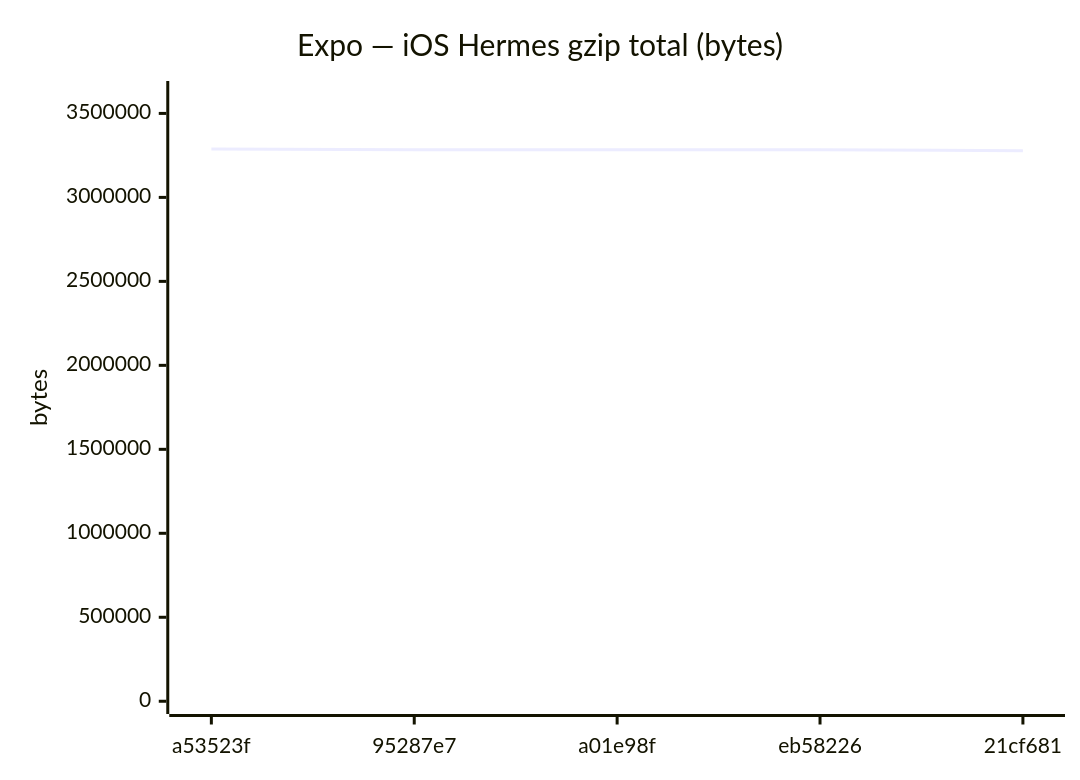
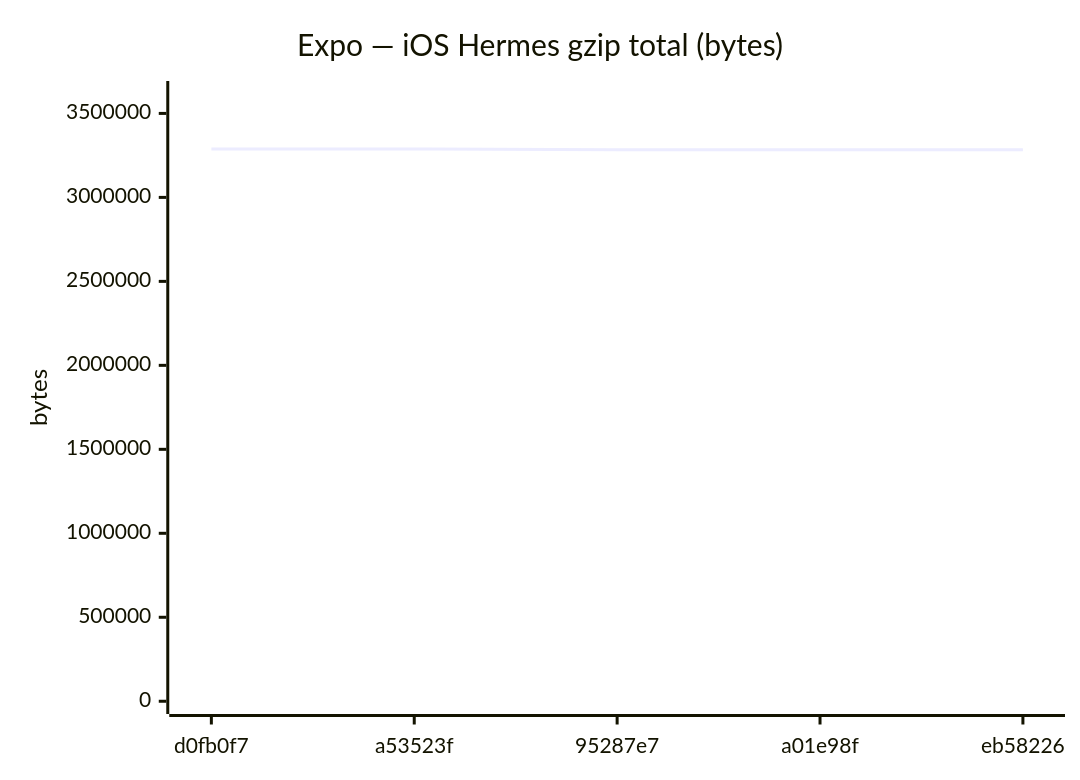
Before and after one commit to Metaheurist/Rianell: diagram 12 of 18 in benchmarks/compare.md, drawn with Mermaid. The commit also changed other lines of this file and 11 other files, not shown here.

````diff
--- a/benchmarks/compare.md
+++ b/benchmarks/compare.md
@@ -179,7 +179,7 @@
 ```mermaid
 xychart-beta
     title "Expo — iOS Hermes gzip total (bytes)"
-    x-axis ["a53523f", "95287e7", "a01e98f", "eb58226", "21cf681"]
-    y-axis "bytes" 0 --> 3617098
-    line [3288270, 3283767, 3283770, 3283769, 3278198]
+    x-axis ["d0fb0f7", "a53523f", "95287e7", "a01e98f", "eb58226"]
+    y-axis "bytes" 0 --> 3617100
+    line [3288272, 3288270, 3283767, 3283770, 3283769]
 ```
````
